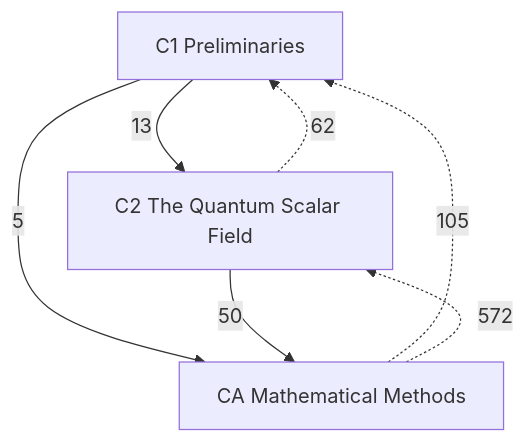
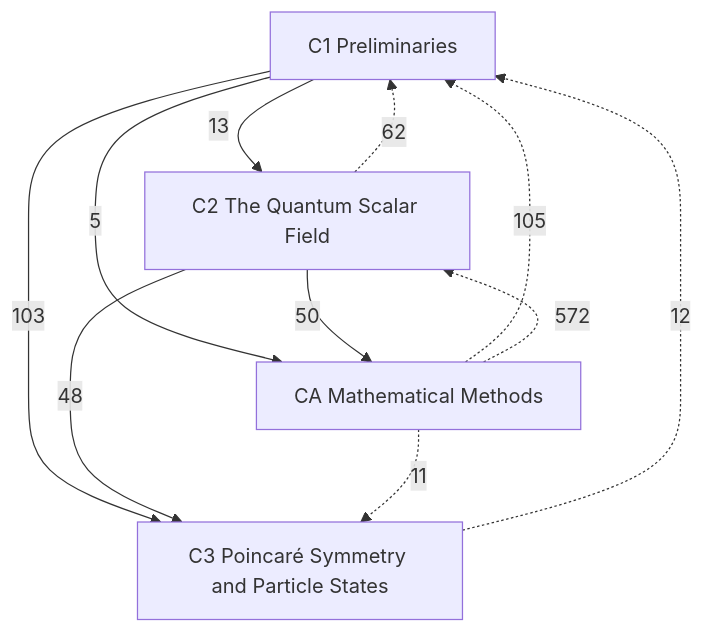
The diagram in Physics/Quantum Field Theory/Quantum Field Theory.md (Onion20040508/notes), drawn with Mermaid before and after one commit. The commit also changed other lines of this file and 5 other files, not shown here.

````diff
--- a/Physics/Quantum Field Theory/Quantum Field Theory.md
+++ b/Physics/Quantum Field Theory/Quantum Field Theory.md
@@ -22,12 +23,17 @@
 ```mermaid
 graph TD
   C1["C1 Preliminaries"]
   C2["C2 The Quantum Scalar Field"]
+  C3["C3 Poincaré Symmetry and Particle States"]
   CA["CA Mathematical Methods"]
   C1 -->|13| C2
+  C1 -->|103| C3
+  C2 -->|48| C3
   C1 -->|5| CA
   C2 -->|50| CA
   C2 -.->|62| C1
+  C3 -.->|12| C1
   CA -.->|105| C1
   CA -.->|572| C2
+  CA -.->|11| C3
 ```
````
